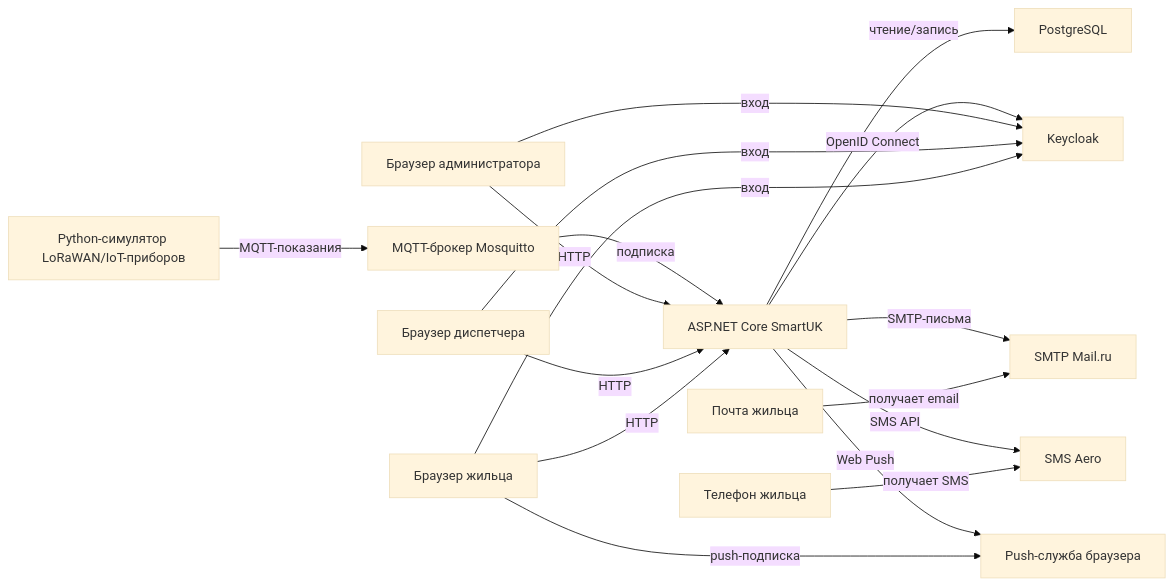
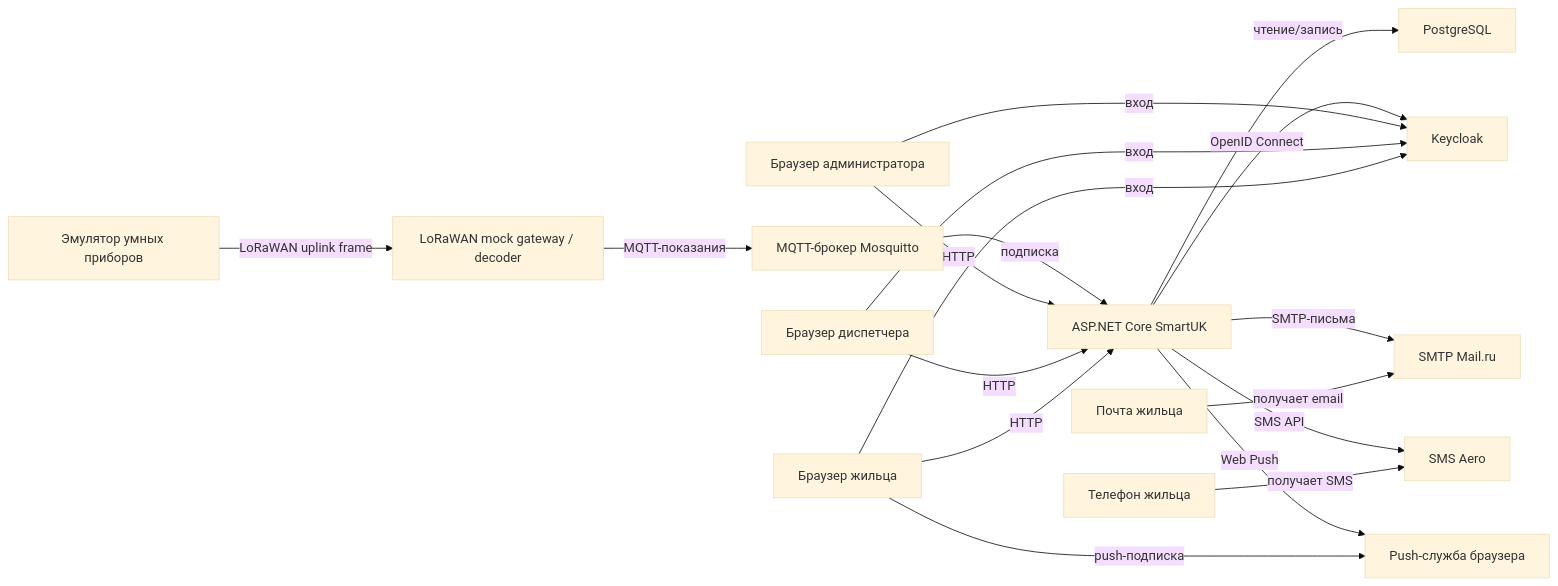
The diagram in docs/diagrams/architecture.mmd (MunyTa/smartuk-utility-management), drawn with Mermaid (base theme) before and after one commit. The commit also changed 7 other files, not shown here.

Commit message:
feat: add LoRaWAN mock bridge

```diff
--- a/docs/diagrams/architecture.mmd
+++ b/docs/diagrams/architecture.mmd
@@ -1,17 +1,18 @@
 flowchart LR
-    Iot["Python-симулятор LoRaWAN/IoT-приборов"] -->|MQTT-показания| Broker["MQTT-брокер Mosquitto"]
+    Device["Эмулятор умных приборов"] -->|LoRaWAN uplink frame| Gateway["LoRaWAN mock gateway / decoder"]
+    Gateway -->|MQTT-показания| Broker["MQTT-брокер Mosquitto"]
     Broker -->|подписка| Web["ASP.NET Core SmartUK"]
     Web -->|чтение/запись| Db["PostgreSQL"]
     Web -->|OpenID Connect| Keycloak["Keycloak"]
     Web -->|SMTP-письма| MailRu["SMTP Mail.ru"]
     Web -->|SMS API| SmsAero["SMS Aero"]
     Web -->|Web Push| PushService["Push-служба браузера"]
     Admin["Браузер администратора"] -->|HTTP| Web
     Dispatcher["Браузер диспетчера"] -->|HTTP| Web
     ResidentBrowser["Браузер жильца"] -->|HTTP| Web
     Admin -->|вход| Keycloak
     Dispatcher -->|вход| Keycloak
     ResidentBrowser -->|вход| Keycloak
     Resident["Почта жильца"] -->|получает email| MailRu
     ResidentPhone["Телефон жильца"] -->|получает SMS| SmsAero
     ResidentBrowser -->|push-подписка| PushService
```
